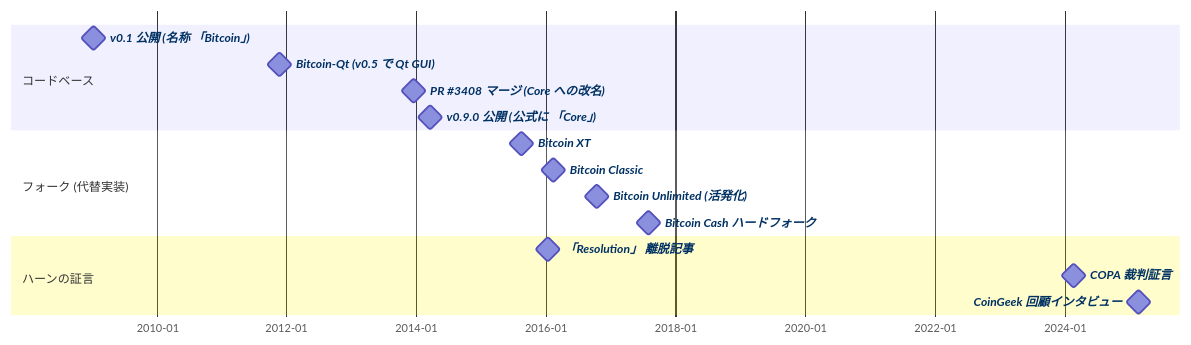
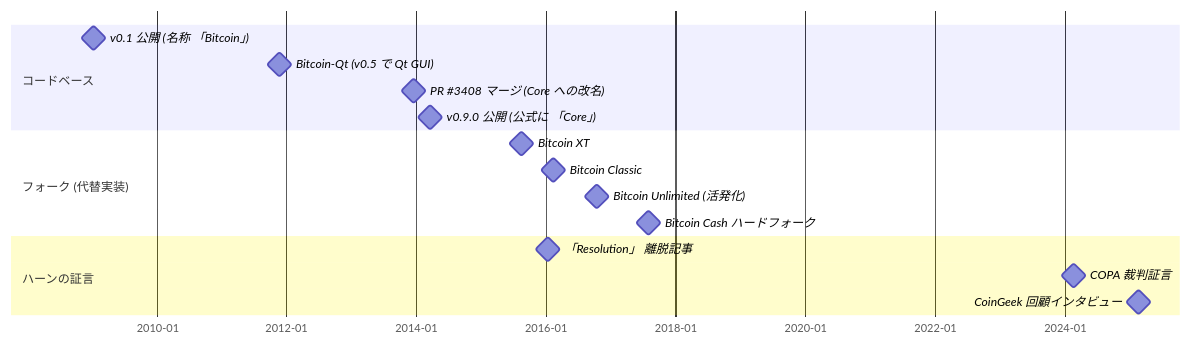
Before and after one commit to cypher256/BitcoinArchive: the diagram in src/data/translations/ja/analysis/2014-03-19-bitcoin-core-rebrand-authority-effects.md, drawn with Mermaid. The commit also changed 8 other files, not shown here.

````diff
--- a/src/data/translations/ja/analysis/2014-03-19-bitcoin-core-rebrand-authority-effects.md
+++ b/src/data/translations/ja/analysis/2014-03-19-bitcoin-core-rebrand-authority-effects.md
@@ -94,34 +94,27 @@
 ```mermaid
 gantt
     dateFormat YYYY-MM-DD
     axisFormat %Y-%m
 
     section コードベース
-    v0.1 公開 (名称 「Bitcoin」)             :milestone, v01,    2009-01-09, 1d
-    Bitcoin-Qt (v0.5 で Qt GUI)             :milestone, v05,    2011-11-20, 1d
-    PR #3408 マージ (Core への改名)         :milestone, pr3408, 2013-12-16, 1d
-    v0.9.0 公開 (公式に 「Core」)            :milestone, v090,   2014-03-19, 1d
+    v0.1 公開 (名称 「Bitcoin」)             :milestone, 2009-01-09, 1d
+    %% link: /BitcoinArchive/ja/entries/sourceforge/2009-01-09-bitcoin-v01-released/
+    Bitcoin-Qt (v0.5 で Qt GUI)             :milestone, 2011-11-20, 1d
+    %% link: /BitcoinArchive/ja/entries/aftermath/2011-11-20-bitcoin-v05-removes-cryptopp-dependency/
+    PR #3408 マージ (Core への改名)         :milestone, 2013-12-16, 1d
+    v0.9.0 公開 (公式に 「Core」)            :milestone, 2014-03-19, 1d
 
     section フォーク (代替実装)
-    Bitcoin XT                              :milestone, xt,      2015-08-15, 1d
-    Bitcoin Classic                         :milestone, classic, 2016-02-10, 1d
-    Bitcoin Unlimited (活発化)              :milestone, bu,      2016-10-14, 1d
-    Bitcoin Cash ハードフォーク             :milestone, bch,     2017-08-01, 1d
+    Bitcoin XT                              :milestone, 2015-08-15, 1d
+    Bitcoin Classic                         :milestone, 2016-02-10, 1d
+    Bitcoin Unlimited (活発化)              :milestone, 2016-10-14, 1d
+    Bitcoin Cash ハードフォーク             :milestone, 2017-08-01, 1d
 
     section ハーンの証言
-    「Resolution」 離脱記事                 :milestone, h2016,   2016-01-14, 1d
-    COPA 裁判証言                           :milestone, h2024,   2024-02-22, 1d
-    CoinGeek 回顧インタビュー               :milestone, h2025,   2025-02-21, 1d
-
-    click v01    href "/BitcoinArchive/ja/entries/sourceforge/2009-01-09-bitcoin-v01-released/"
-    click v05    href "/BitcoinArchive/ja/entries/aftermath/2011-11-20-bitcoin-v05-removes-cryptopp-dependency/"
-    click pr3408 href "https://github.com/bitcoin/bitcoin/pull/3408"
-    click v090   href "https://bitcoin.org/en/release/v0.9.0"
-    click xt     href "https://ja.wikipedia.org/wiki/Bitcoin_XT"
-    click classic href "https://ja.wikipedia.org/wiki/Bitcoin_Classic"
-    click bu     href "https://ja.wikipedia.org/wiki/Bitcoin_Unlimited"
-    click bch    href "https://ja.wikipedia.org/wiki/ビットコインキャッシュ"
-    click h2016  href "/BitcoinArchive/ja/entries/aftermath/2016-01-14-mike-hearn-resolution-bitcoin-experiment/"
-    click h2024  href "/BitcoinArchive/ja/entries/aftermath/2024-02-22-mike-hearn-copa-trial-testimony/"
-    click h2025  href "/BitcoinArchive/ja/entries/aftermath/2025-02-21-mike-hearn-coingeek-retrospective/"
+    「Resolution」 離脱記事                 :milestone, 2016-01-14, 1d
+    %% link: /BitcoinArchive/ja/entries/aftermath/2016-01-14-mike-hearn-resolution-bitcoin-experiment/
+    COPA 裁判証言                           :milestone, 2024-02-22, 1d
+    %% link: /BitcoinArchive/ja/entries/aftermath/2024-02-22-mike-hearn-copa-trial-testimony/
+    CoinGeek 回顧インタビュー               :milestone, 2025-02-21, 1d
+    %% link: /BitcoinArchive/ja/entries/aftermath/2025-02-21-mike-hearn-coingeek-retrospective/
 ```
````
